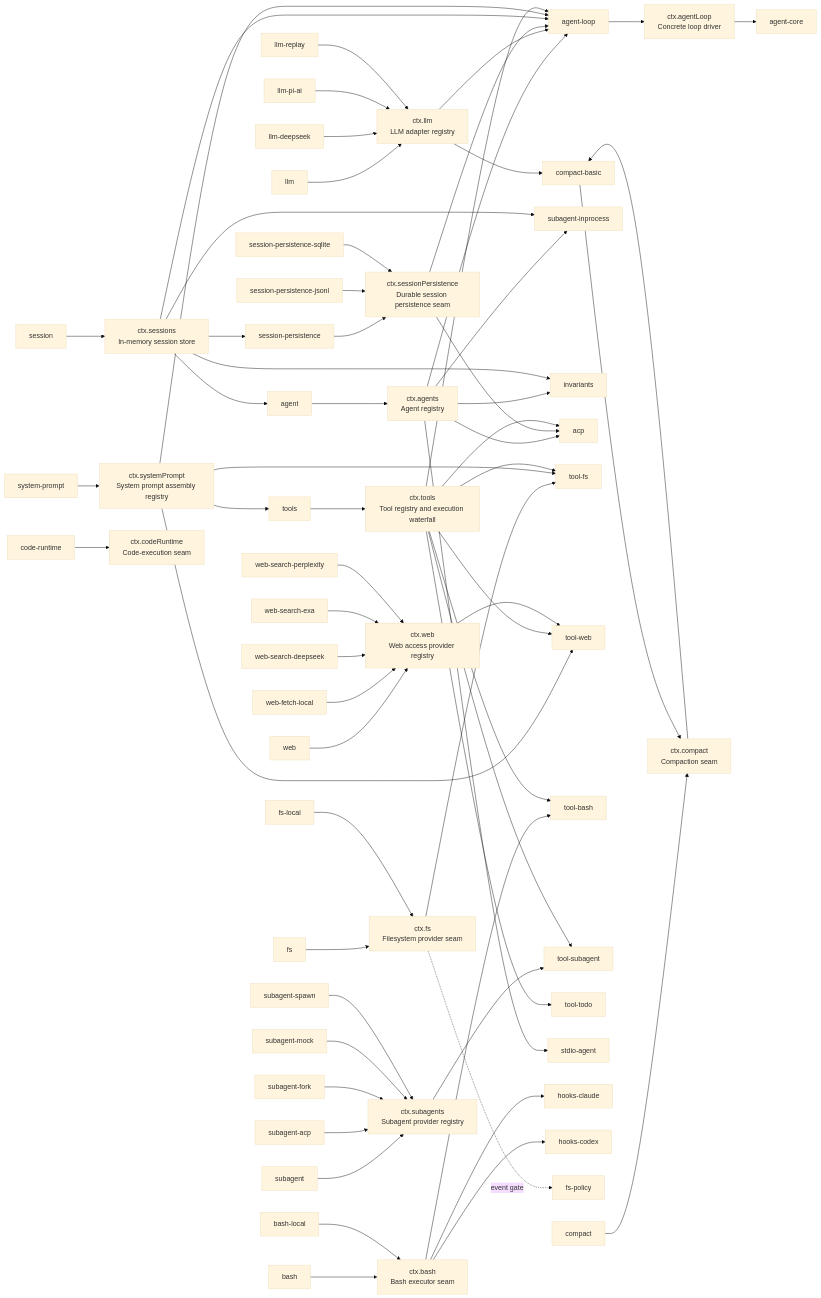
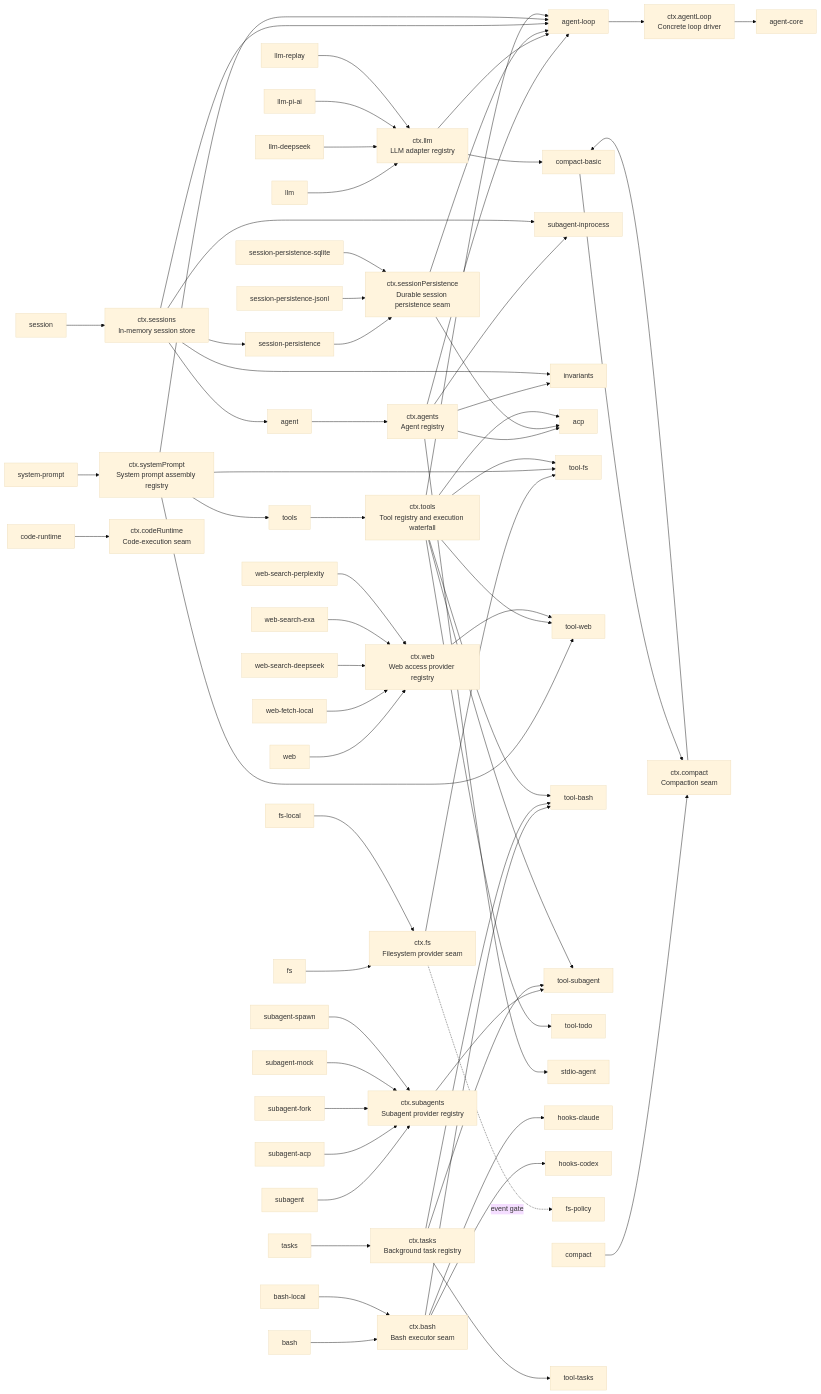
One commit to 007M7/DeepCode changed the diagram in docs/capability-seams.md. Above: the diagram before and after it, drawn with Mermaid (base theme). The commit also changed other lines of this file and 82 other files, not shown here.

First line of the commit message:
feat(tasks): background task runtime, generic task_* control tools, bash/subagent producers

```diff
--- a/docs/capability-seams.md
+++ b/docs/capability-seams.md
@@ -56,6 +56,9 @@
   pkg_subagent_fork["subagent-fork"]
   pkg_subagent_acp["subagent-acp"]
   pkg_subagent_mock["subagent-mock"]
+  pkg_tasks["tasks"]
+  svc_tasks["ctx.tasks<br/>Background task registry"]
+  pkg_tool_tasks["tool-tasks"]
   pkg_web["web"]
   svc_web["ctx.web<br/>Web access provider registry"]
   pkg_web_search_exa["web-search-exa"]
@@ -85,6 +88,7 @@
   pkg_subagent_mock --> svc_subagents
   pkg_subagent_spawn --> svc_subagents
   pkg_system_prompt --> svc_systemPrompt
+  pkg_tasks --> svc_tasks
   pkg_tools --> svc_tools
   pkg_web --> svc_web
   pkg_web_fetch_local --> svc_web
@@ -116,6 +120,9 @@
   svc_systemPrompt --> pkg_tool_fs
   svc_systemPrompt --> pkg_tool_web
   svc_systemPrompt --> pkg_tools
+  svc_tasks --> pkg_tool_bash
+  svc_tasks --> pkg_tool_subagent
+  svc_tasks --> pkg_tool_tasks
   svc_tools --> pkg_acp
   svc_tools --> pkg_agent_loop
   svc_tools --> pkg_tool_bash
```
